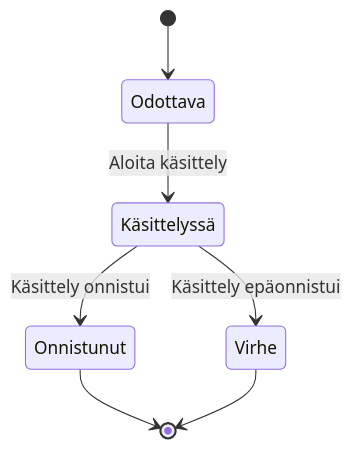
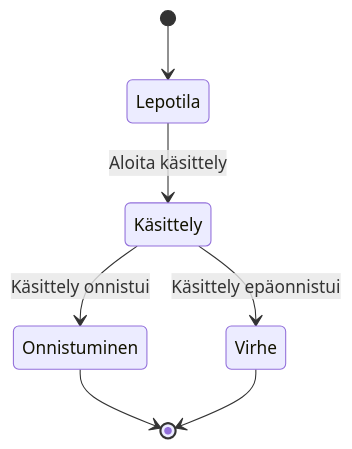
Before and after one commit to zccz14/CZON: the fifth of 7 diagrams in .czon/src/fi-FI/8938d6aac9c056c06137a041b8e82379bfb619bb6d435b9ecec515337dd0cd69.md, drawn with Mermaid. The commit also changed other lines of this file and 148 other files, not shown here.

````diff
--- a/.czon/src/fi-FI/8938d6aac9c056c06137a041b8e82379bfb619bb6d435b9ecec515337dd0cd69.md
+++ b/.czon/src/fi-FI/8938d6aac9c056c06137a041b8e82379bfb619bb6d435b9ecec515337dd0cd69.md
@@ -91,9 +90,9 @@
 ```mermaid
 stateDiagram-v2
-    [*] --> Odottava
-    Odottava --> Käsittelyssä : Aloita käsittely
-    Käsittelyssä --> Onnistunut : Käsittely onnistui
-    Käsittelyssä --> Virhe : Käsittely epäonnistui
-    Onnistunut --> [*]
+    [*] --> Lepotila
+    Lepotila --> Käsittely : Aloita käsittely
+    Käsittely --> Onnistuminen : Käsittely onnistui
+    Käsittely --> Virhe : Käsittely epäonnistui
+    Onnistuminen --> [*]
     Virhe --> [*]
 ```
````
